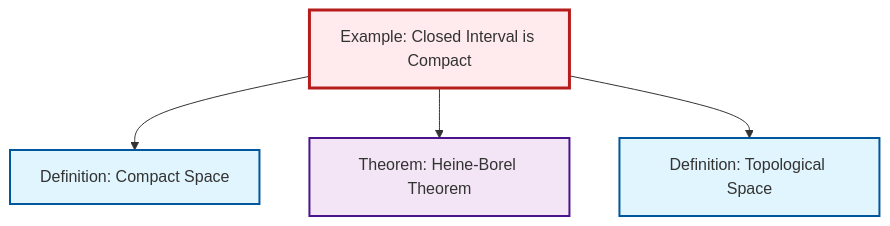
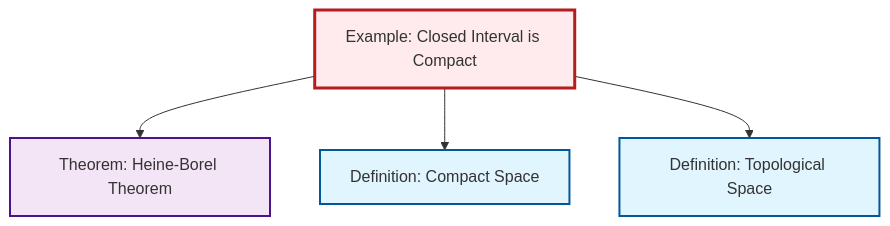
Before and after one commit to RK0429/ModernMath: the diagram in content/en/topology/ex-closed-interval-compact.qmd, drawn with Mermaid. The commit also changed other lines of this file and 619 other files, not shown here.

````diff
--- a/content/en/topology/ex-closed-interval-compact.qmd
+++ b/content/en/topology/ex-closed-interval-compact.qmd
@@ -54,20 +54,20 @@
 ```{mermaid}
 %%| fig-cap: "Local dependency graph"
 graph TD
     classDef definition fill:#e1f5fe,stroke:#01579b,stroke-width:2px
     classDef theorem fill:#f3e5f5,stroke:#4a148c,stroke-width:2px
     classDef axiom fill:#fff3e0,stroke:#e65100,stroke-width:2px
     classDef example fill:#e8f5e9,stroke:#1b5e20,stroke-width:2px
     classDef current fill:#ffebee,stroke:#b71c1c,stroke-width:3px
     ex-closed-interval-compact["Example: Closed Interval is Compact"]:::example
-    thm-heine-borel["Theorem: Heine-Borel Theorem"]:::theorem
     def-compact["Definition: Compact Space"]:::definition
     def-topological-space["Definition: Topological Space"]:::definition
+    thm-heine-borel["Theorem: Heine-Borel Theorem"]:::theorem
+    ex-closed-interval-compact --> thm-heine-borel
     ex-closed-interval-compact --> def-compact
-    ex-closed-interval-compact --> thm-heine-borel
     ex-closed-interval-compact --> def-topological-space
     class ex-closed-interval-compact current
-    click thm-heine-borel "thm-heine-borel.html" "Go to Heine-Borel Theorem theorem"
     click def-compact "def-compact.html" "Go to Compact Space definition"
     click def-topological-space "def-topological-space.html" "Go to Topological Space definition"
+    click thm-heine-borel "thm-heine-borel.html" "Go to Heine-Borel Theorem theorem"
 ```
````
